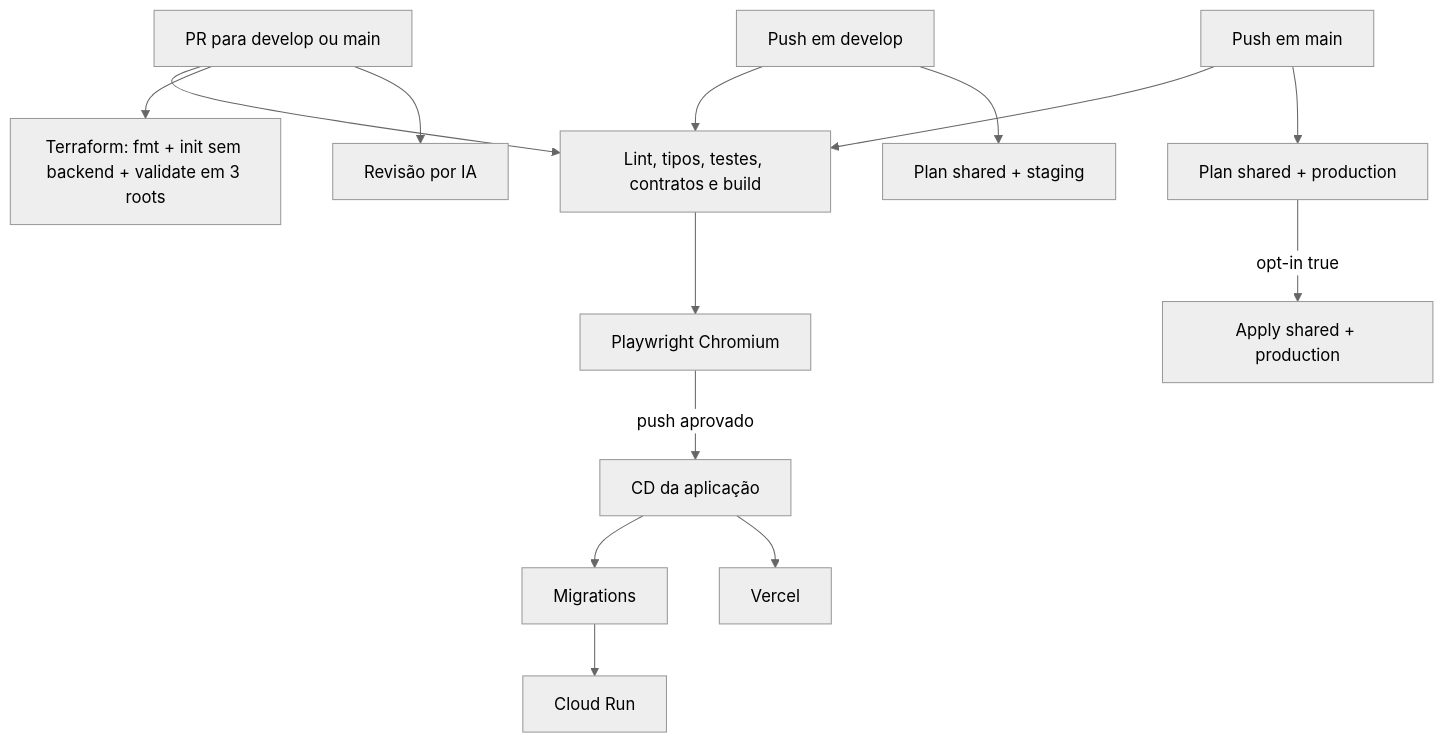
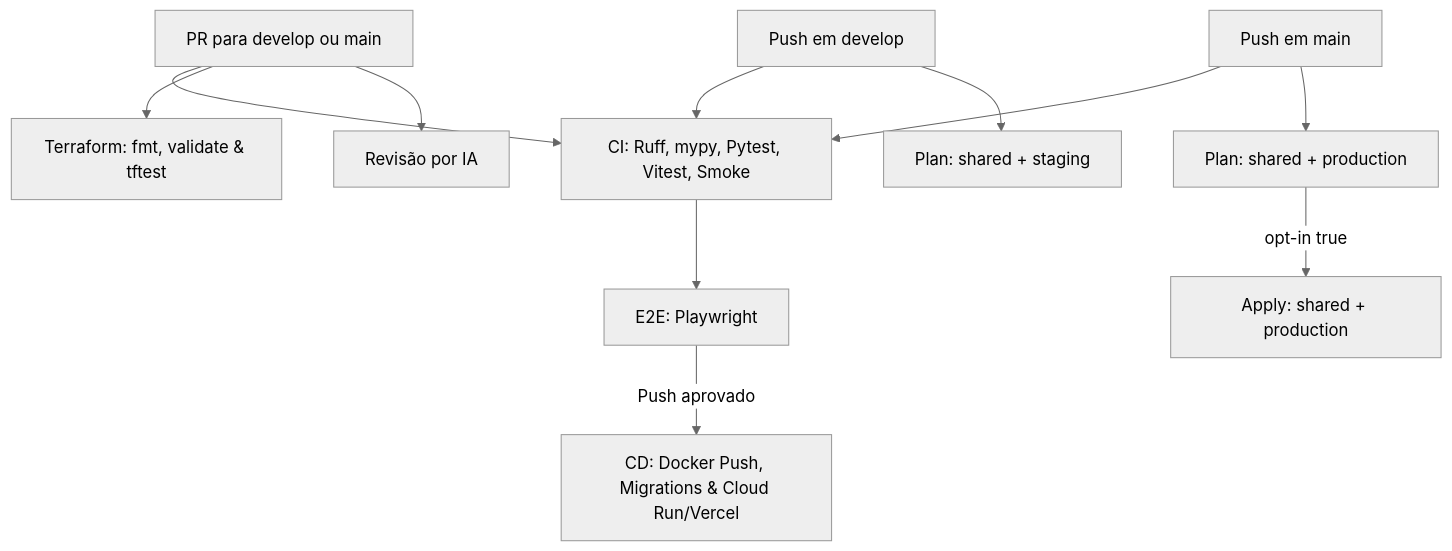
The diagram in docs/4-explanation/architecture/ci-cd-pipeline-flow.md (Rafaelp122/wedding_management), drawn with Mermaid (neutral theme) before and after one commit. The commit also changed other lines of this file and 35 other files, not shown here.

First line of the commit message:
docs(architecture): modularize documentation into atomic notes and refine AI reviewer (#383)

````diff
--- a/docs/4-explanation/architecture/ci-cd-pipeline-flow.md
+++ b/docs/4-explanation/architecture/ci-cd-pipeline-flow.md
@@ -17,18 +18,15 @@
 ```mermaid
 flowchart TD
-    PR[PR para develop ou main] --> CI[Lint, tipos, testes, contratos e build]
-    CI --> E2E[Playwright Chromium]
-    PR --> TFV[Terraform: fmt + init sem backend + validate em 3 roots]
+    PR[PR para develop ou main] --> CI[CI: Ruff, mypy, Pytest, Vitest, Smoke]
+    CI --> E2E[E2E: Playwright]
+    PR --> TFV[Terraform: fmt, validate & tftest]
     PR --> AI[Revisão por IA]
 
     DEV[Push em develop] --> CI
     MAIN[Push em main] --> CI
-    E2E -->|push aprovado| CD[CD da aplicação]
-    CD --> MIGRATE[Migrations]
-    MIGRATE --> RUN[Cloud Run]
-    CD --> VERCEL[Vercel]
+    E2E -->|Push aprovado| CD[CD: Docker Push, Migrations & Cloud Run/Vercel]
 
-    DEV --> TFS[Plan shared + staging]
-    MAIN --> TFP[Plan shared + production]
-    TFP -->|opt-in true| APPLY[Apply shared + production]
+    DEV --> TFS[Plan: shared + staging]
+    MAIN --> TFP[Plan: shared + production]
+    TFP -->|opt-in true| APPLY[Apply: shared + production]
 ```
````
